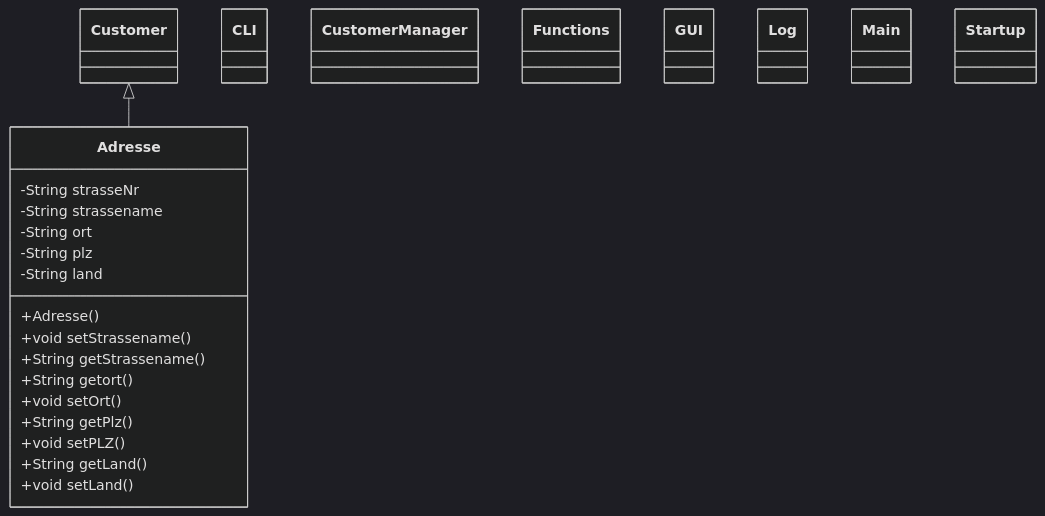
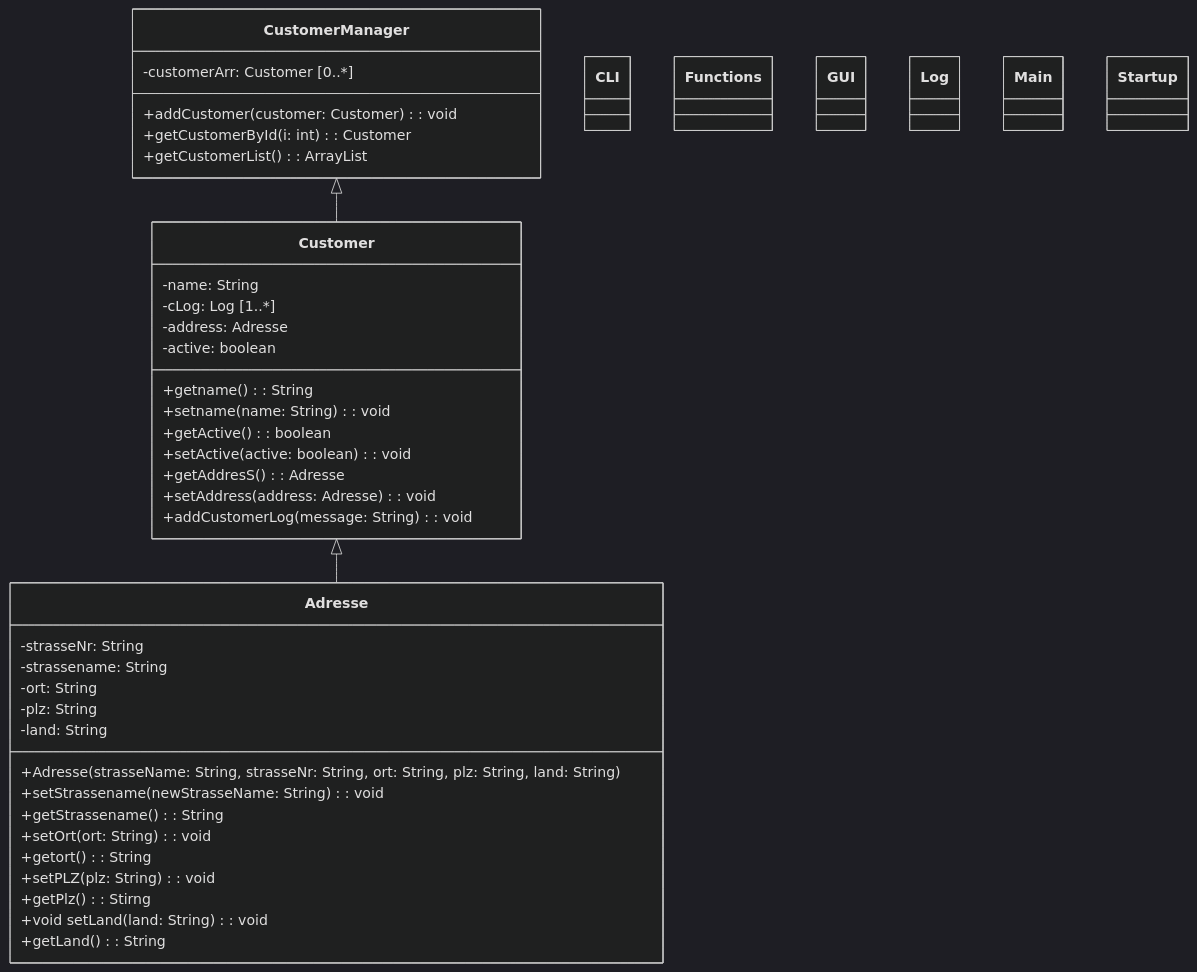
One commit to Beat94/CustomerManagementSystem changed the diagram in Readme.md. Above: the diagram before and after it, drawn with Mermaid (dark theme).

Commit message:
updated mermaid class diagram

````diff
--- a/Readme.md
+++ b/Readme.md
@@ -13,53 +13,67 @@
 ```mermaid
 classDiagram
     Customer <|-- Adresse
+    CustomerManager <|-- Customer
 
     class Adresse{
-        -String strasseNr
-        -String strassename
-        -String ort
-        -String plz
-        -String land
-        +Adresse()
-        +void setStrassename()
-        +String getStrassename()
-        +String getort()
-        +void setOrt()
-        +String getPlz()
-        +void setPLZ()
-        +String getLand()
-        +void setLand()
+        -strasseNr: String
+        -strassename: String
+        -ort: String
+        -plz: String
+        -land: String
+        +Adresse(strasseName: String, strasseNr: String, ort: String, plz: String, land: String)
+        +setStrassename(newStrasseName: String): void
+        +getStrassename(): String
+        +setOrt(ort: String): void
+        +getort(): String
+        +setPLZ(plz: String): void
+        +getPlz(): Stirng
+        +void setLand(land: String): void
+        +getLand(): String
     }
 
     class CLI {
 
     }
 
     class Customer{
-
+        -name: String
+        -cLog: Log [1..*]
+        -address: Adresse
+        -active: boolean
+        +getname(): String
+        +setname(name: String): void
+        +getActive(): boolean
+        +setActive(active: boolean): void
+        +getAddresS(): Adresse
+        +setAddress(address: Adresse): void
+        +addCustomerLog(message: String): void
     }
 
     class CustomerManager{
-
+        -customerArr: Customer [0..*]
+        +addCustomer(customer: Customer): void
+        +getCustomerById(i: int): Customer
+        +getCustomerList(): ArrayList<Customer>
     }
 
     class Functions{
 
     }
 
     class GUI{
 
     }
 
     class Log{
 
     }
 
     class Main{
 
     }
 
     class Startup{
 
     }
 ```
````
